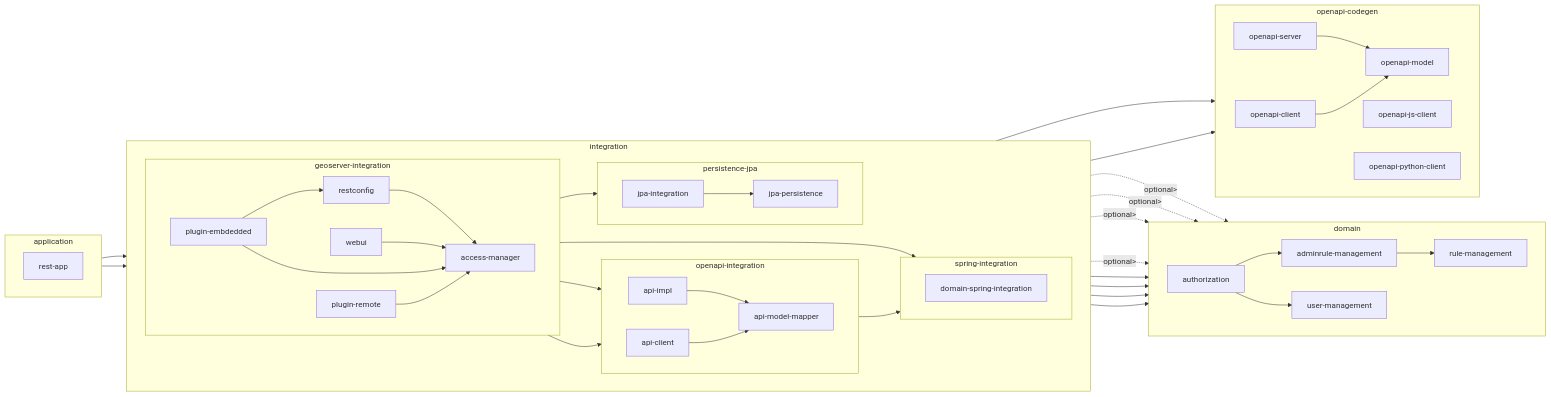
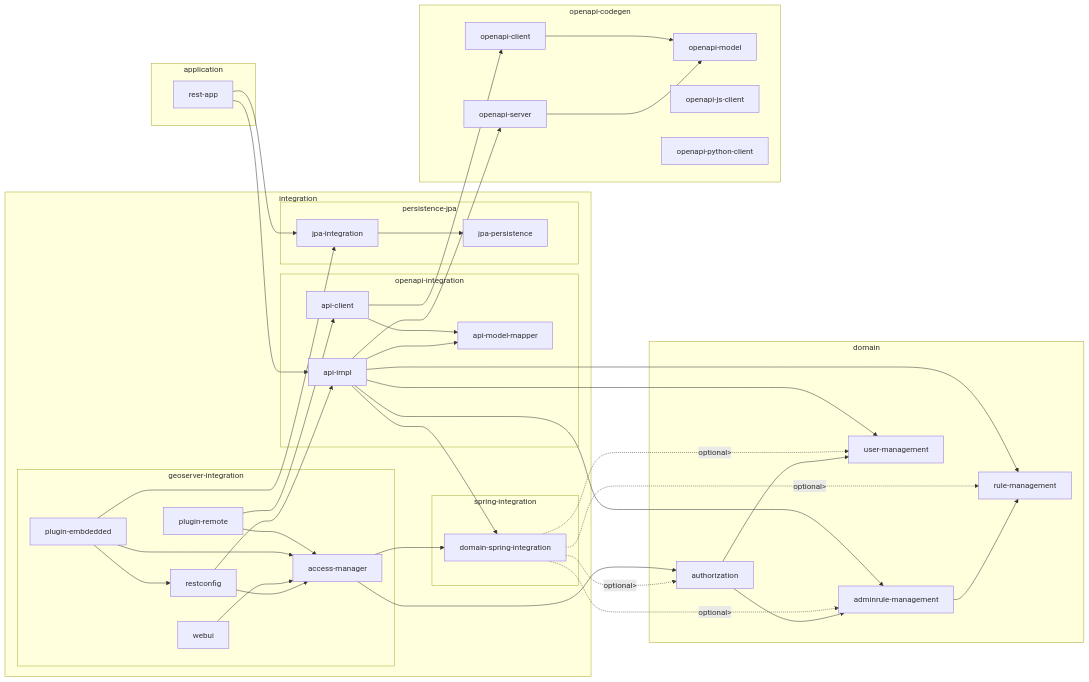
Before and after one commit to groldan/geofence: the diagram in src/README.md, drawn with Mermaid. The commit also changed 71 other files, not shown here.

````diff
--- a/src/README.md
+++ b/src/README.md
@@ -5,47 +5,36 @@
 ```mermaid
 flowchart LR
   subgraph domain
-    direction LR
-    rule-management
     adminrule-management --> rule-management
-    user-management
     authorization --> adminrule-management & user-management
   end
   subgraph openapi-codegen
-    direction LR
-    openapi-model
     openapi-server --> openapi-model
     openapi-client --> openapi-model
     openapi-js-client
     openapi-python-client
   end
   subgraph integration
-      direction LR
     subgraph spring-integration
-        direction LR
         domain-spring-integration -. optional> .-> rule-management & adminrule-management & user-management & authorization
     end
     subgraph openapi-integration
-        direction LR
         api-impl --> api-model-mapper & openapi-server & domain-spring-integration & rule-management & adminrule-management & user-management
         api-client --> api-model-mapper & openapi-client
     end
     subgraph persistence-jpa
-        direction LR
         jpa-integration --> jpa-persistence
     end
     subgraph geoserver-integration
-        direction LR
         access-manager --> 
           domain-spring-integration & authorization
         restconfig --> api-impl & access-manager
         webui --> access-manager
         plugin-embdedded --> jpa-integration & access-manager & restconfig
         plugin-remote --> api-client & access-manager
     end
   end
   subgraph application
-    direction LRTB
     rest-app --> api-impl & jpa-integration
   end
 ```
````
